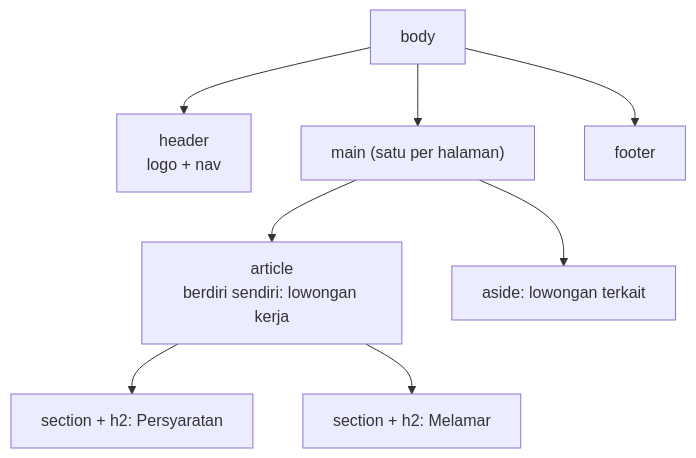
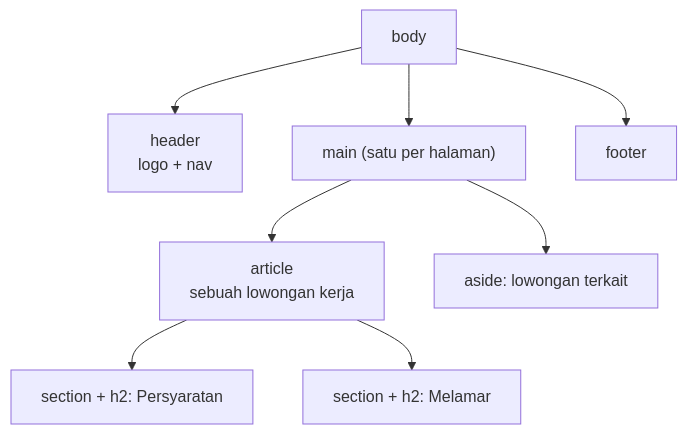
One commit to MuhammadIsmailHasan/fsse-ai-handbook changed the diagram in content/modules/m4/w1/01-html-structure-and-semantics.id.md. Above: the diagram before and after it, drawn with Mermaid. The commit also changed other lines of this file and 5 other files, not shown here.

````diff
--- a/content/modules/m4/w1/01-html-structure-and-semantics.id.md
+++ b/content/modules/m4/w1/01-html-structure-and-semantics.id.md
@@ -63,10 +82,10 @@
 ```mermaid
 flowchart TB
     B[body] --> H["header<br/>logo + nav"]
     B --> M["main (satu per halaman)"]
     B --> F[footer]
-    M --> A["article<br/>berdiri sendiri: lowongan kerja"]
+    M --> A["article<br/>sebuah lowongan kerja"]
     A --> S1["section + h2: Persyaratan"]
     A --> S2["section + h2: Melamar"]
     M --> AS["aside: lowongan terkait"]
 ```
````
